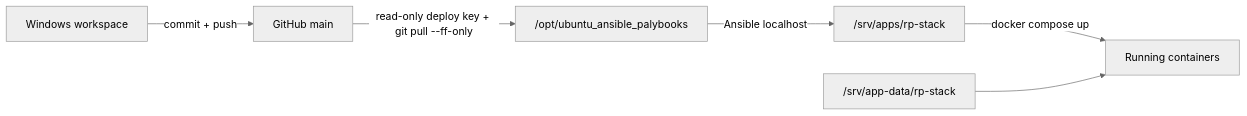
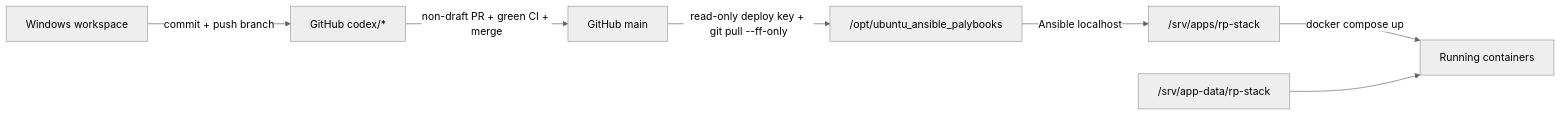
Before and after one commit to abykovwww-byte/ubuntu_ansible_palybooks: the diagram in docs/wiki/09-operations-and-repository.md, drawn with Mermaid (neutral theme). The commit also changed other lines of this file and 21 other files, not shown here.

````diff
--- a/docs/wiki/09-operations-and-repository.md
+++ b/docs/wiki/09-operations-and-repository.md
@@ -9,8 +9,9 @@
 ```mermaid
 flowchart LR
-    W["Windows workspace"] -->|"commit + push"| GH["GitHub main"]
+    W["Windows workspace"] -->|"commit + push branch"| BR["GitHub codex/*"]
+    BR -->|"non-draft PR + green CI + merge"| GH["GitHub main"]
     GH -->|"read-only deploy key + git pull --ff-only"| CO["/opt/ubuntu_ansible_palybooks"]
     CO -->|"Ansible localhost"| APP["/srv/apps/rp-stack"]
     APP -->|"docker compose up"| RT["Running containers"]
     DATA["/srv/app-data/rp-stack"] --> RT
 ```
````
